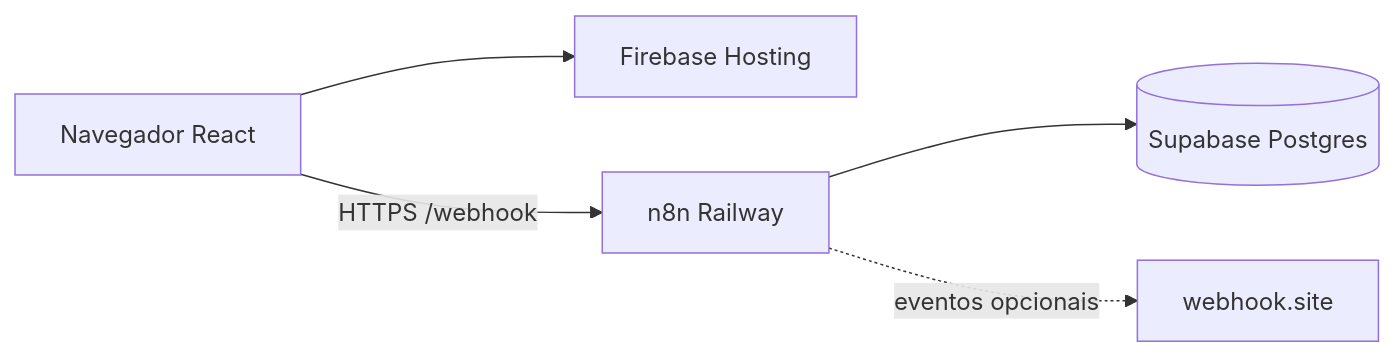
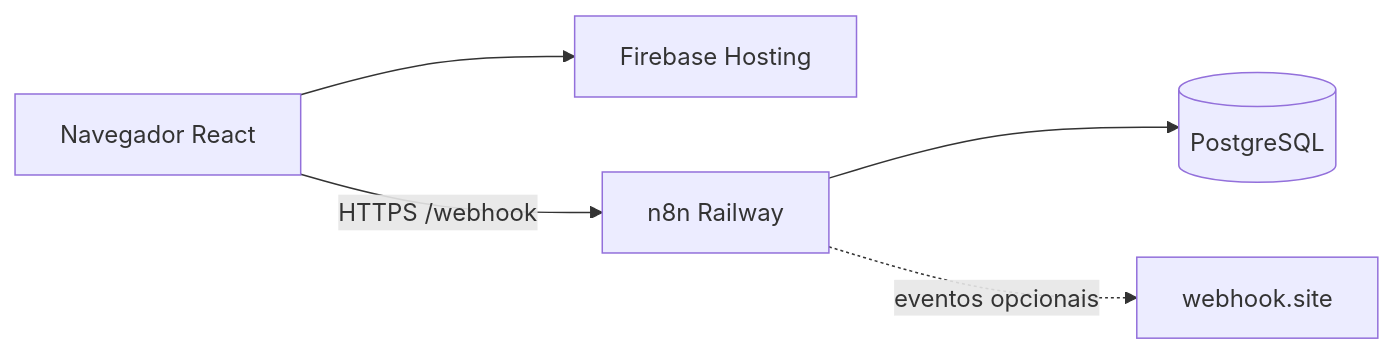
The diagram in README.md (Victorks4/Bold-Support), drawn with Mermaid before and after one commit. The commit also changed other lines of this file and 19 other files, not shown here.

````diff
--- a/README.md
+++ b/README.md
@@ -19,13 +19,13 @@
 ```mermaid
 flowchart LR
   Browser[Navegador React]
   Firebase[Firebase Hosting]
   N8N[n8n Railway]
-  Supabase[(Supabase Postgres)]
+  AppDB[(PostgreSQL)]
   Webhook[webhook.site]
 
   Browser --> Firebase
   Browser -->|HTTPS /webhook| N8N
-  N8N --> Supabase
+  N8N --> AppDB
   N8N -.->|eventos opcionais| Webhook
 ```
````
